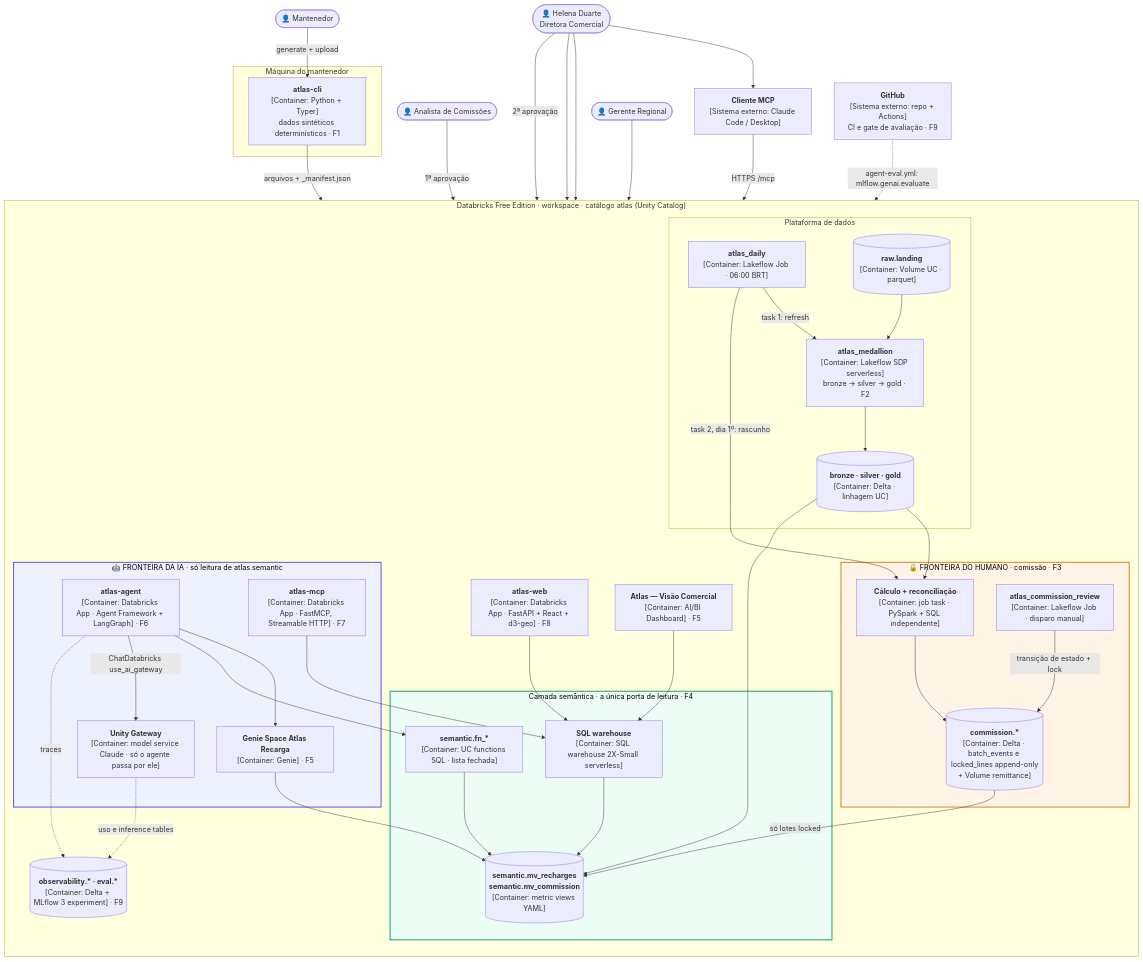
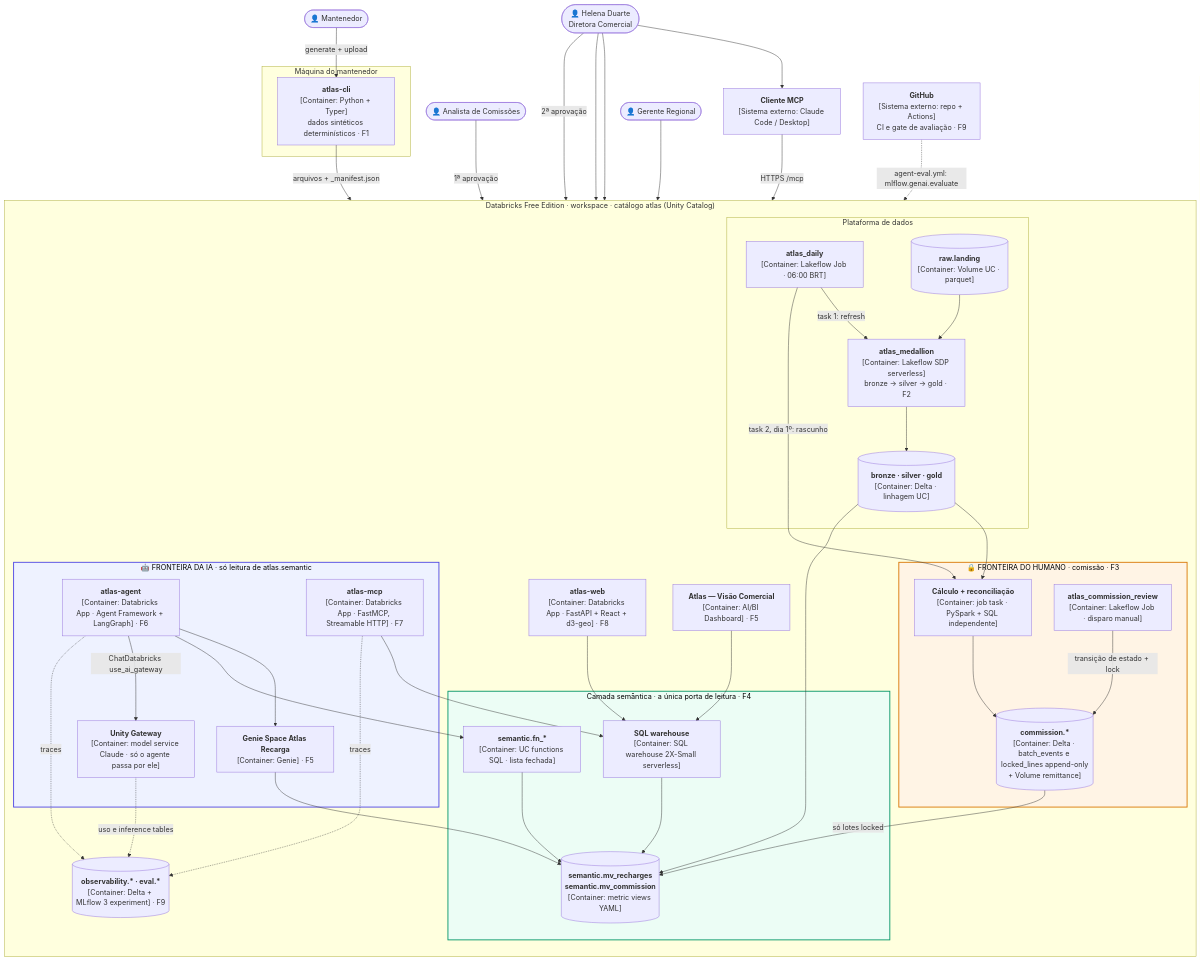
One commit to AndreFelippeVidal/atlas-recarga changed the first of 2 diagrams in docs/architecture.md. Above: the diagram before and after it, drawn with Mermaid. The commit also changed other lines of this file and 9 other files, not shown here.

First line of the commit message:
P2.2 docs(architecture): failure modes + MCP observability without Unity Gateway (#12)

```diff
--- a/docs/architecture.md
+++ b/docs/architecture.md
@@ -88,6 +88,7 @@
     agent -->|"ChatDatabricks use_ai_gateway"| gateway
 
     agent -.->|"traces"| obs
+    mcp -.->|"traces"| obs
     gateway -.->|"uso e inference tables"| obs
     github -.->|"agent-eval.yml: mlflow.genai.evaluate"| agent
 
```
